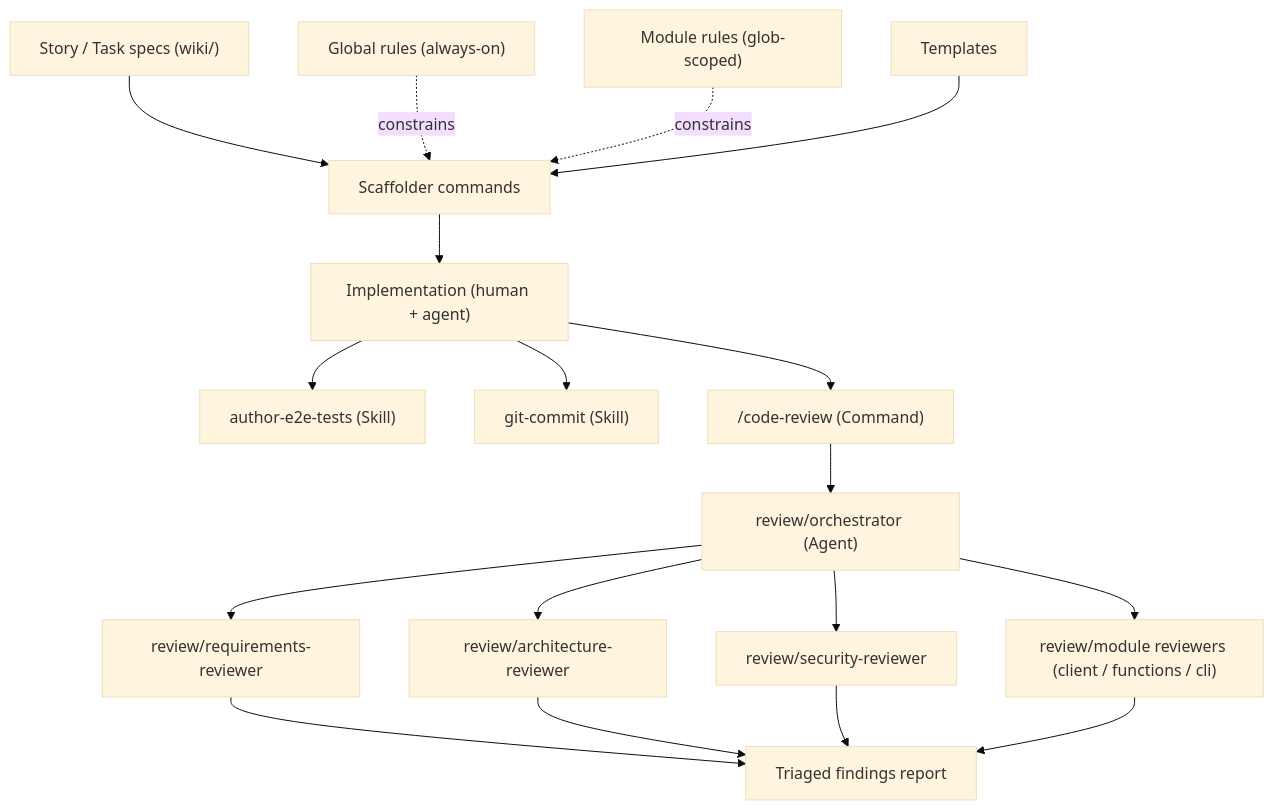
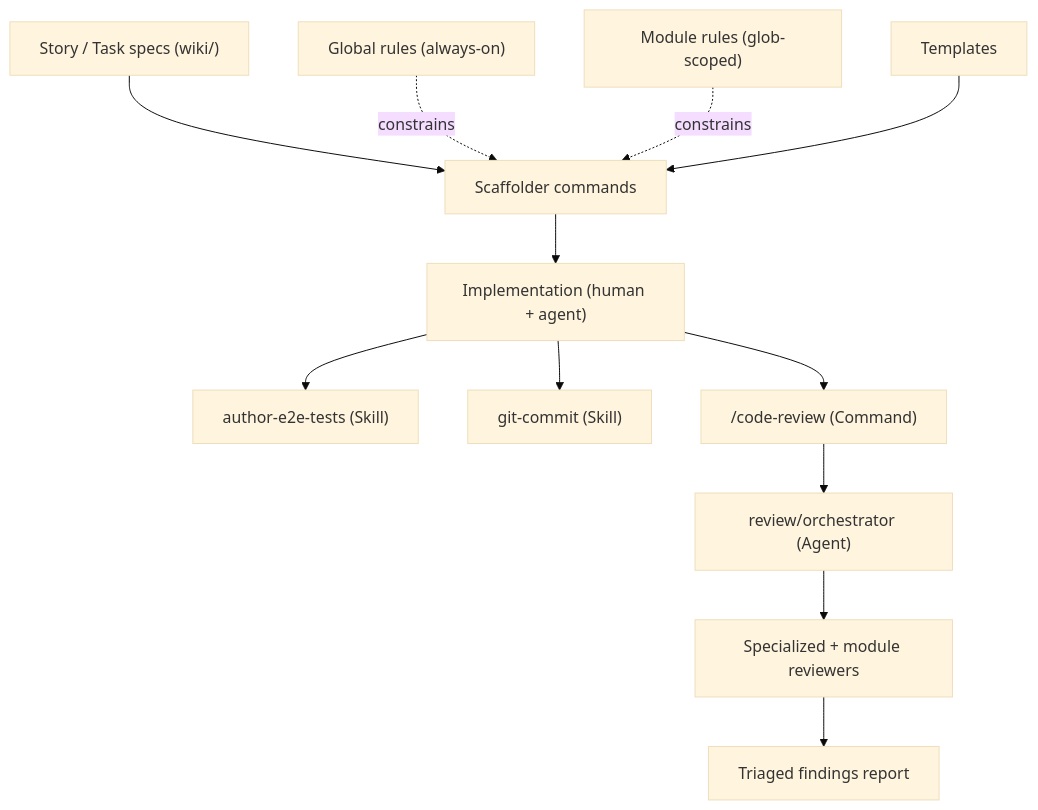
Before and after one commit to dosandk/SkillStack: the first of 2 diagrams in wiki/ai-dev-ecosystem.md, drawn with Mermaid (base theme). The commit also changed other lines of this file and 1 other file, not shown here.

````diff
--- a/wiki/ai-dev-ecosystem.md
+++ b/wiki/ai-dev-ecosystem.md
@@ -80,17 +74,14 @@
 ```mermaid
 flowchart TD
   Spec["Story / Task specs (wiki/)"] --> Scaffold["Scaffolder commands"]
   GlobalRules["Global rules (always-on)"] -.constrains.-> Scaffold
   ModuleRules["Module rules (glob-scoped)"] -.constrains.-> Scaffold
   Templates["Templates"] --> Scaffold
   Scaffold --> Implement["Implementation (human + agent)"]
   Implement --> E2E["author-e2e-tests (Skill)"]
   Implement --> Commit["git-commit (Skill)"]
   Implement --> CodeReview["/code-review (Command)"]
   CodeReview --> Orchestrator["review/orchestrator (Agent)"]
-  Orchestrator --> ReqRev["review/requirements-reviewer"]
-  Orchestrator --> ArchRev["review/architecture-reviewer"]
-  Orchestrator --> SecRev["review/security-reviewer"]
-  Orchestrator --> ModRev["review/module reviewers (client / functions / cli)"]
-  ReqRev & ArchRev & SecRev & ModRev --> Report["Triaged findings report"]
+  Orchestrator --> Reviewers["Specialized + module reviewers"]
+  Reviewers --> Report["Triaged findings report"]
 ```
````
